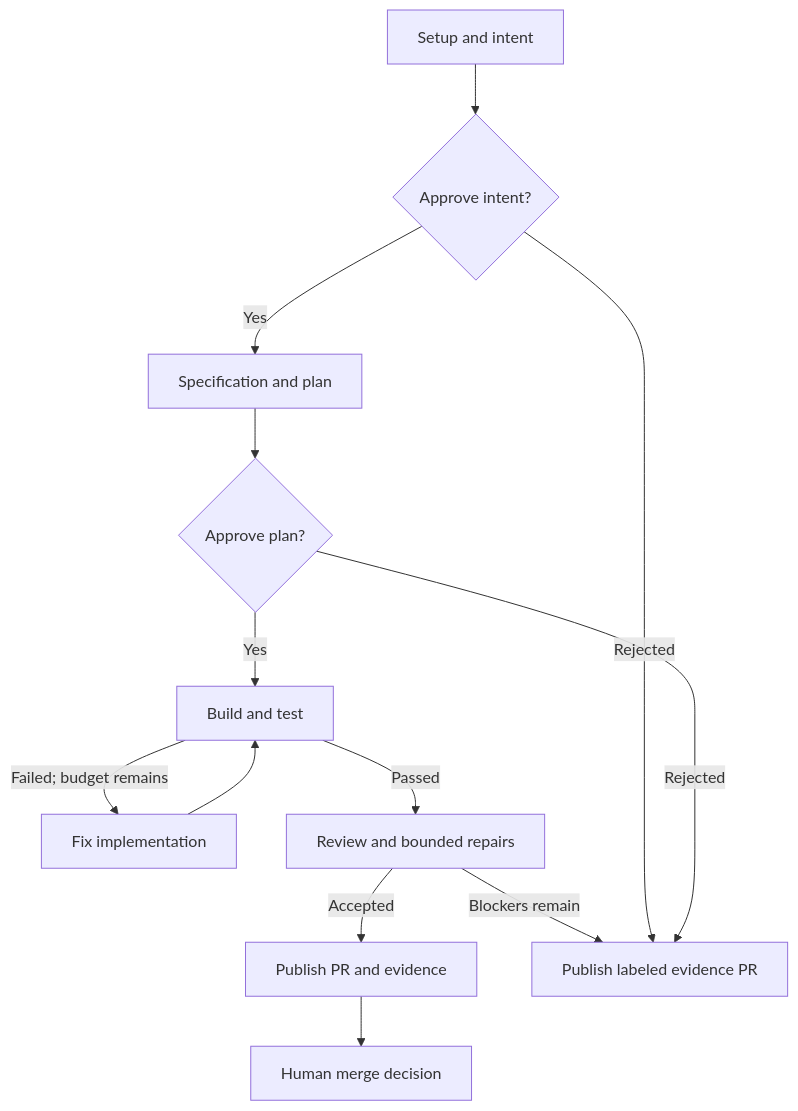
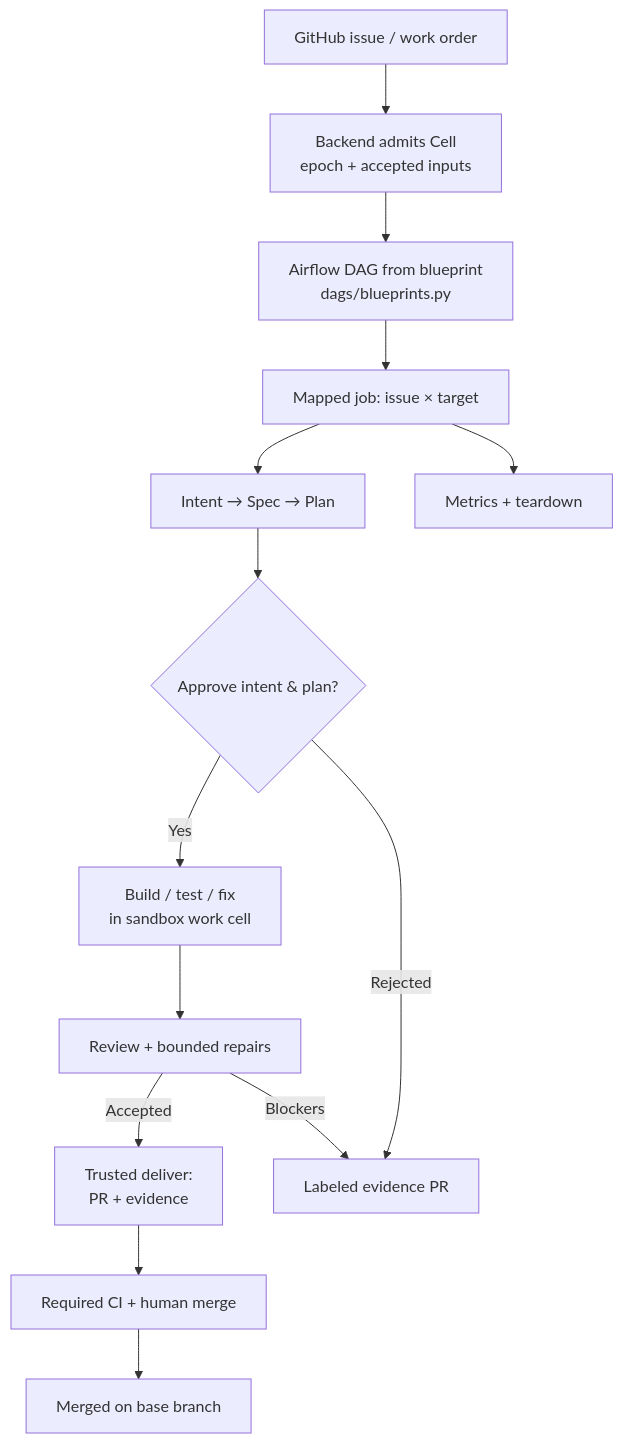
One commit to zozo123/ariflow-swfactory changed the diagram in README.md. Above: the diagram before and after it, drawn with Mermaid. The commit also changed other lines of this file, not shown here.

````diff
--- a/README.md
+++ b/README.md
@@ -119,15 +32,16 @@
 ```mermaid
 flowchart TD
-    I["Setup and intent"] --> A{"Approve intent?"}
-    A -->|Yes| P["Specification and plan"]
-    P --> G{"Approve plan?"}
-    G -->|Yes| B["Build and test"]
-    B -->|Failed; budget remains| F["Fix implementation"]
-    F --> B
-    B -->|Passed| R["Review and bounded repairs"]
-    R -->|Accepted| D["Publish PR and evidence"]
-    R -->|Blockers remain| X["Publish labeled evidence PR"]
-    A -->|Rejected| X
-    G -->|Rejected| X
-    D --> H["Human merge decision"]
+    I["GitHub issue / work order"] --> S["Backend admits Cell<br/>epoch + accepted inputs"]
+    S --> A["Airflow DAG from blueprint<br/>dags/blueprints.py"]
+    A --> J["Mapped job: issue × target"]
+    J --> T["Intent → Spec → Plan"]
+    T --> G1{"Approve intent & plan?"}
+    G1 -->|Yes| B["Build / test / fix<br/>in sandbox work cell"]
+    B --> R["Review + bounded repairs"]
+    R -->|Accepted| D["Trusted deliver:<br/>PR + evidence"]
+    R -->|Blockers| X["Labeled evidence PR"]
+    G1 -->|Rejected| X
+    D --> H["Required CI + human merge"]
+    H --> M["Merged on base branch"]
+    J --> K["Metrics + teardown"]
 ```
````
